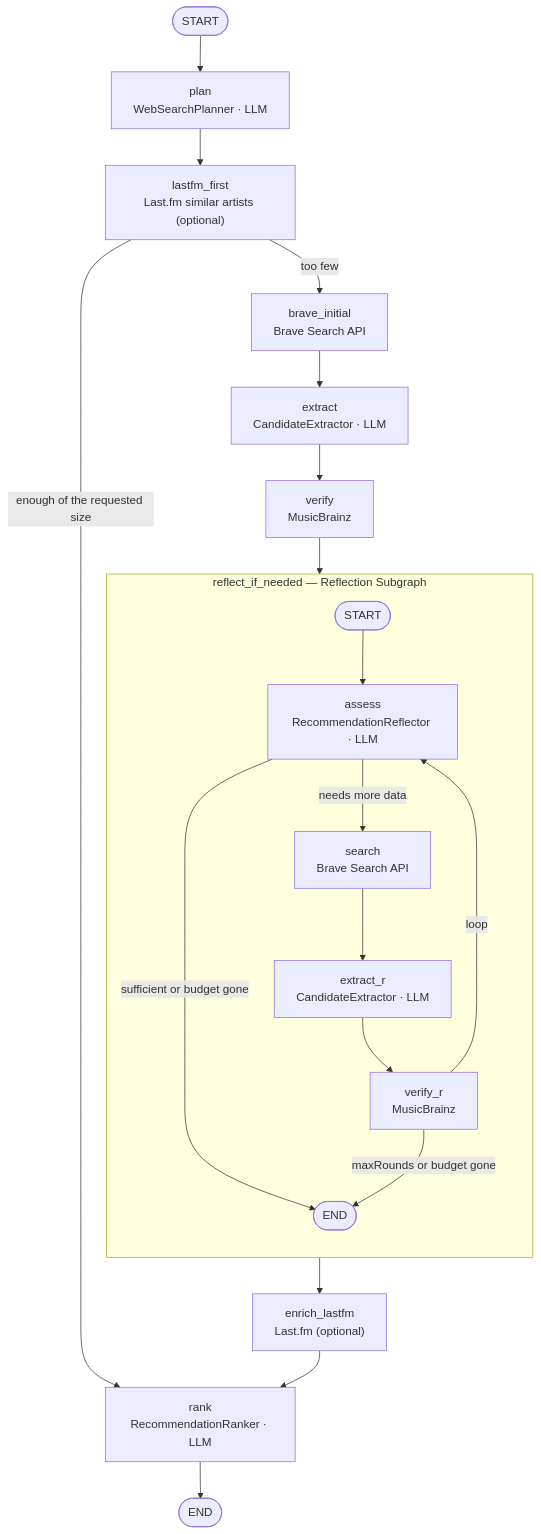
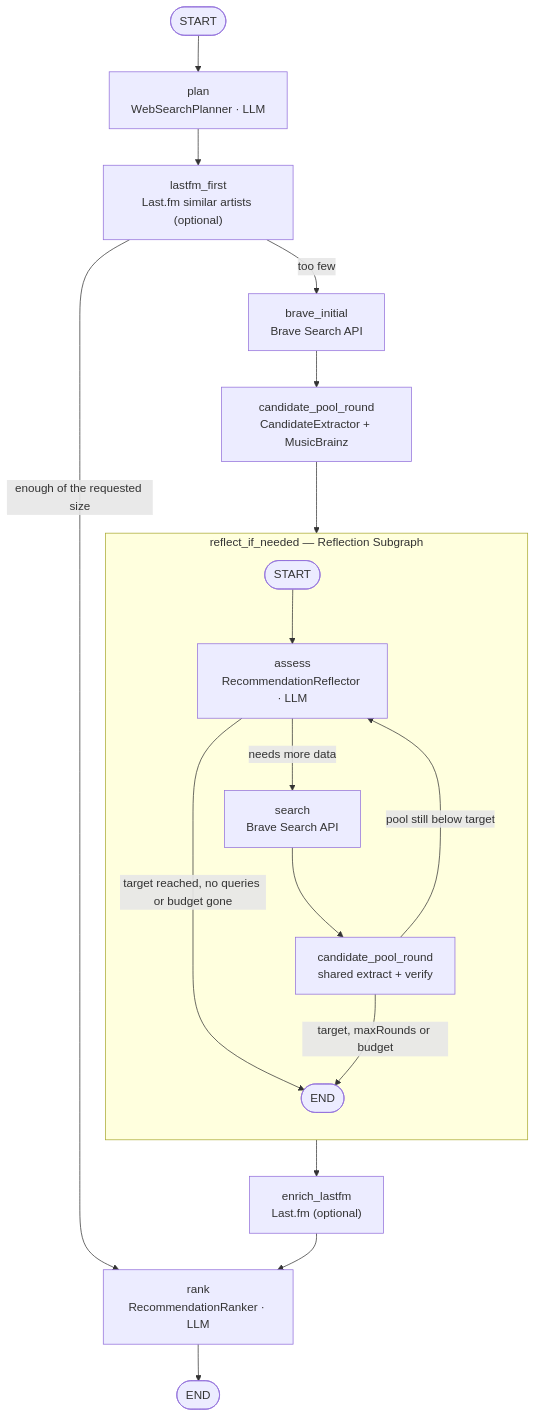
Before and after one commit to eikrad/bandsearch-app: the second of 2 diagrams in README.md, drawn with Mermaid. The commit also changed 8 other files, not shown here.

First line of the commit message:
feat: deepen candidate pool rounds

````diff
--- a/README.md
+++ b/README.md
@@ -38,25 +38,23 @@
 ```mermaid
 flowchart TD
     START(["START"]) --> plan["plan\nWebSearchPlanner · LLM"]
     plan --> lastfm_first["lastfm_first\nLast.fm similar artists (optional)"]
     lastfm_first -- "enough of the requested size" --> rank
     lastfm_first -- "too few" --> brave_initial["brave_initial\nBrave Search API"]
-    brave_initial --> extract["extract\nCandidateExtractor · LLM"]
-    extract --> verify["verify\nMusicBrainz"]
-    verify --> reflect_if_needed
+    brave_initial --> candidate_round["candidate_pool_round\nCandidateExtractor + MusicBrainz"]
+    candidate_round --> reflect_if_needed
 
     subgraph reflect_if_needed["reflect_if_needed — Reflection Subgraph"]
         direction TD
         subSTART(["START"]) --> assess["assess\nRecommendationReflector · LLM"]
-        assess -- "sufficient or budget gone" --> subEND(["END"])
+        assess -- "target reached, no queries or budget gone" --> subEND(["END"])
         assess -- "needs more data" --> search["search\nBrave Search API"]
-        search --> extract_r["extract_r\nCandidateExtractor · LLM"]
-        extract_r --> verify_r["verify_r\nMusicBrainz"]
-        verify_r -- "maxRounds or budget gone" --> subEND
-        verify_r -- "loop" --> assess
+        search --> reflection_round["candidate_pool_round\nshared extract + verify"]
+        reflection_round -- "target, maxRounds or budget" --> subEND
+        reflection_round -- "pool still below target" --> assess
     end
 
     reflect_if_needed --> enrich_lastfm["enrich_lastfm\nLast.fm (optional)"]
     enrich_lastfm --> rank["rank\nRecommendationRanker · LLM"]
     rank --> END(["END"])
 ```
````
